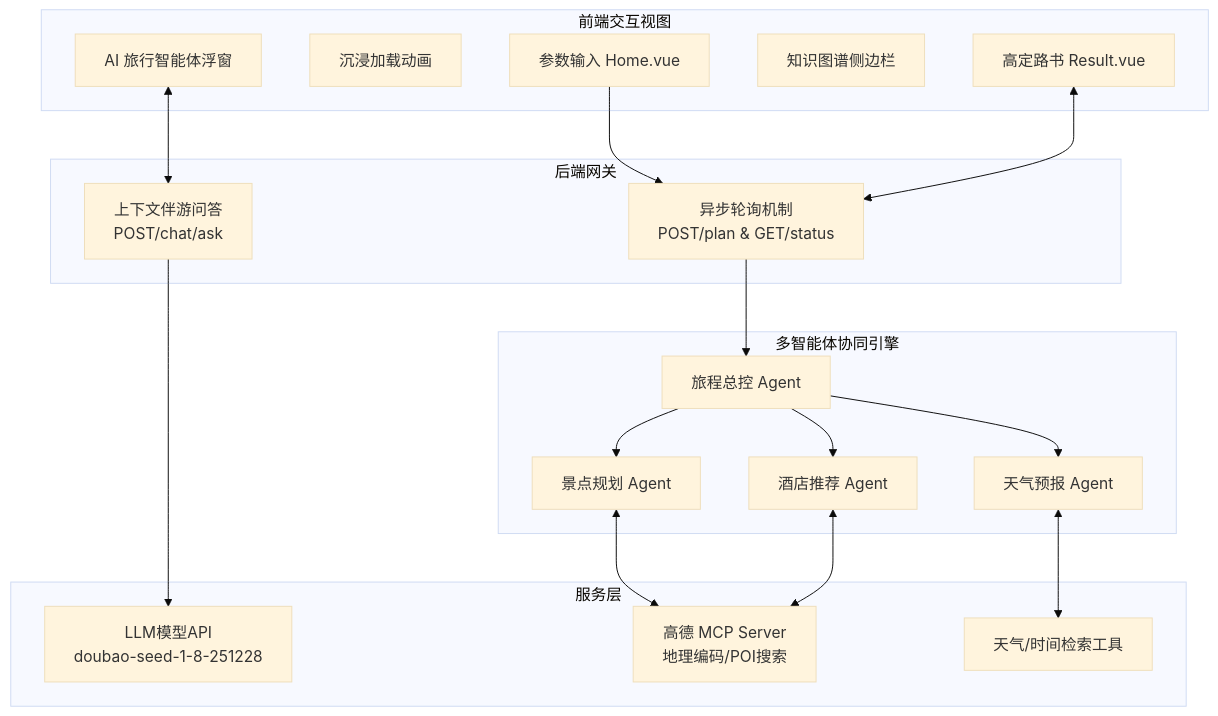
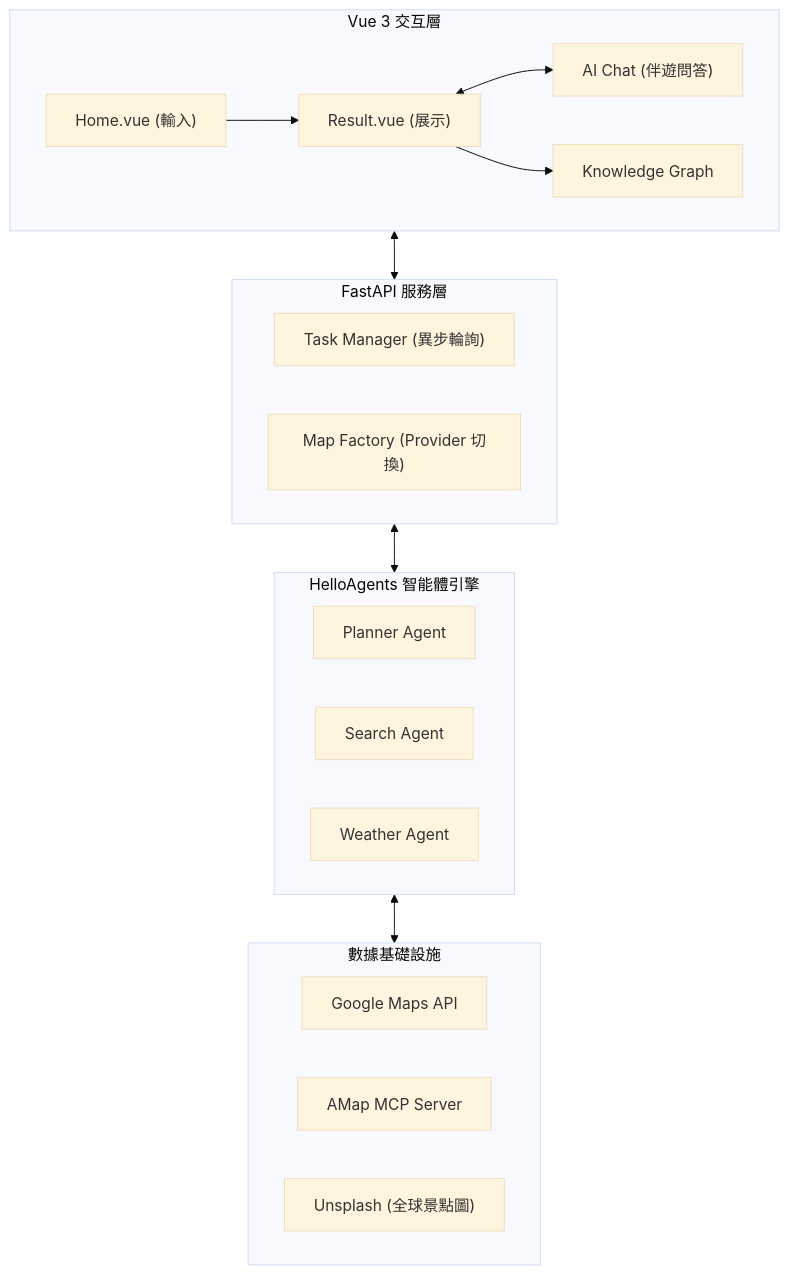
One commit to alingowangxr/TripStar changed the diagram in README.md. Above: the diagram before and after it, drawn with Mermaid (base theme). The commit also changed other lines of this file, not shown here.

````diff
--- a/README.md
+++ b/README.md
@@ -46,45 +48,29 @@
 ```mermaid
 graph TD
-    subgraph G1 ["前端交互视图"]
-        A1["参数输入 Home.vue"]
-        A2["沉浸加载动画"]
-        A3["高定路书 Result.vue"]
-        A4["知识图谱侧边栏"]
-        A5["AI 旅行智能体浮窗"]
+    subgraph Frontend ["Vue 3 交互層"]
+        A1["Home.vue (輸入)"] --> A2["Result.vue (展示)"]
+        A2 <--> A3["AI Chat (伴遊問答)"]
+        A2 --> A4["Knowledge Graph"]
     end
 
-    subgraph G2 ["后端网关"]
-        B1["异步轮询机制 <br/> POST/plan & GET/status"]
-        B2["上下文伴游问答<br/>POST/chat/ask"]
+    subgraph Service ["FastAPI 服務層"]
+        B1["Task Manager (異步輪詢)"]
+        B2["Map Factory (Provider 切換)"]
     end
 
-    subgraph G3 ["多智能体协同引擎"]
-        C1["旅程总控 Agent"]
-        C2["景点规划 Agent"]
-        C3["天气预报 Agent"]
-        C4["酒店推荐 Agent"]
+    subgraph Agents ["HelloAgents 智能體引擎"]
+        C1["Planner Agent"]
+        C2["Search Agent"]
+        C3["Weather Agent"]
     end
 
-    subgraph G4 ["服务层"]
-        D1["LLM模型API <br/> doubao-seed-1-8-251228"]
-        D2["高德 MCP Server <br/> 地理编码/POI搜索"]
-        D3["天气/时间检索工具"]
+    subgraph Infrastructure ["數據基礎設施"]
+        D1["Google Maps API"]
+        D2["AMap MCP Server"]
+        D3["Unsplash (全球景點圖)"]
     end
 
-    %% 交互连线
-    A1 --> B1
-    A3 <--> B1
-    A5 <--> B2
-
-    B1 --> C1
-    B2 --> D1
-
-    C1 --> C2
-    C1 --> C3
-    C1 --> C4
-
-    C2 <--> D2
-    C3 <--> D3
-    C4 <--> D2
-
+    Frontend <--> Service
+    Service <--> Agents
+    Agents <--> Infrastructure
 ```
````
